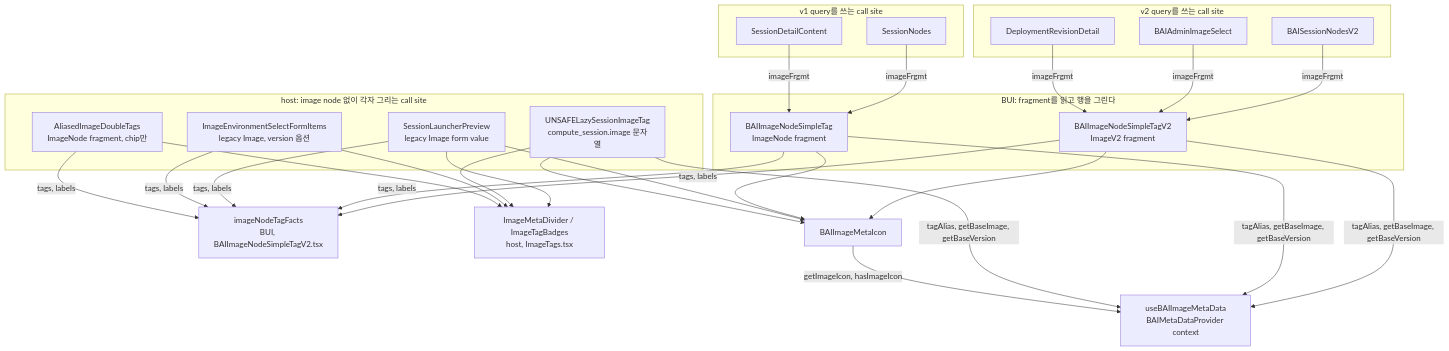
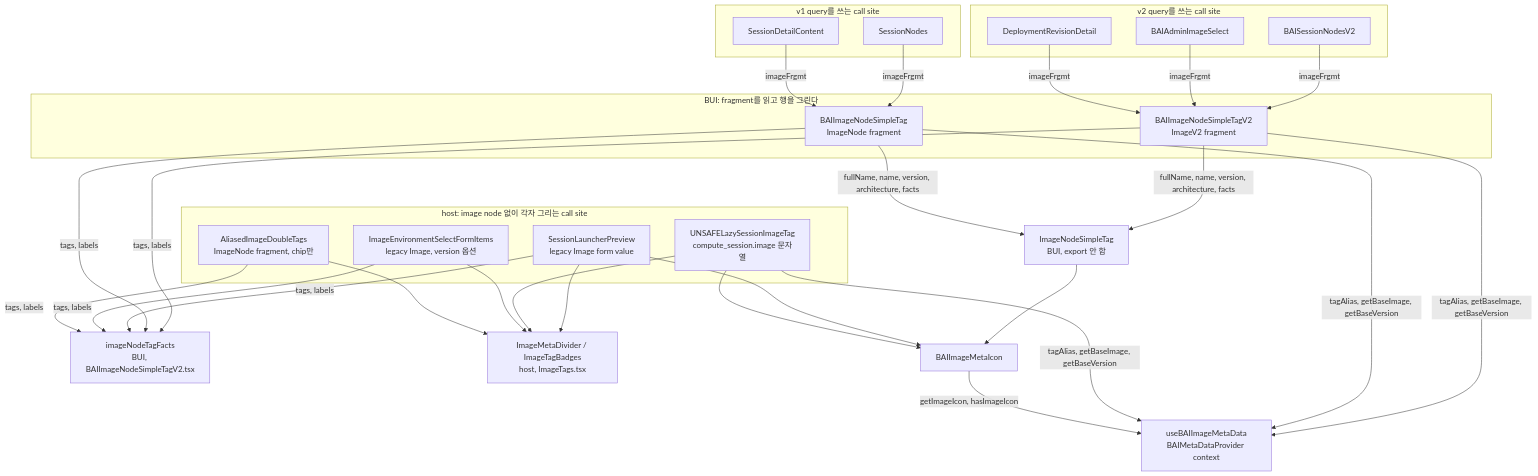
The diagram in docs/adr/0004-container-image-meta-row.md (lablup/backend.ai-webui), drawn with Mermaid before and after one commit. The commit also changed other lines of this file and 6 other files, not shown here.

First line of the commit message:
refactor(FR-3182): draw the v1 and v2 image rows through one internal row component

````diff
--- a/docs/adr/0004-container-image-meta-row.md
+++ b/docs/adr/0004-container-image-meta-row.md
@@ -39,35 +39,37 @@
 ```mermaid
 flowchart TB
   subgraph bui["BUI: fragment를 읽고 행을 그린다"]
     v2["BAIImageNodeSimpleTagV2<br/>ImageV2 fragment"]
     v1["BAIImageNodeSimpleTag<br/>ImageNode fragment"]
   end
   subgraph v2callers["v2 query를 쓰는 call site"]
     sessionsV2["BAISessionNodesV2"]
     adminPicker["BAIAdminImageSelect"]
     revision["DeploymentRevisionDetail"]
   end
   subgraph v1callers["v1 query를 쓰는 call site"]
     sessions["SessionNodes"]
     detail["SessionDetailContent"]
   end
   subgraph host["host: image node 없이 각자 그리는 call site"]
     launcher["SessionLauncherPreview<br/>legacy Image form value"]
     lazy["UNSAFELazySessionImageTag<br/>compute_session.image 문자열"]
     envSelect["ImageEnvironmentSelectFormItems<br/>legacy Image, version 옵션"]
     tagsOnly["AliasedImageDoubleTags<br/>ImageNode fragment, chip만"]
   end
+  row["ImageNodeSimpleTag<br/>BUI, export 안 함"]
   facts["imageNodeTagFacts<br/>BUI, BAIImageNodeSimpleTagV2.tsx"]
   parts["ImageMetaDivider / ImageTagBadges<br/>host, ImageTags.tsx"]
   icon["BAIImageMetaIcon"]
   meta["useBAIImageMetaData<br/>BAIMetaDataProvider context"]
 
   sessionsV2 & adminPicker & revision -- "imageFrgmt" --> v2
   sessions & detail -- "imageFrgmt" --> v1
   v2 & v1 -- "tags, labels" --> facts
+  v2 & v1 -- "fullName, name, version, architecture, facts" --> row
   launcher & envSelect & tagsOnly -- "tags, labels" --> facts
   launcher & lazy & envSelect & tagsOnly --> parts
-  v2 & v1 & launcher & lazy --> icon
+  row & launcher & lazy --> icon
   v2 & v1 & lazy -- "tagAlias, getBaseImage, getBaseVersion" --> meta
   icon -- "getImageIcon, hasImageIcon" --> meta
 ```
````
